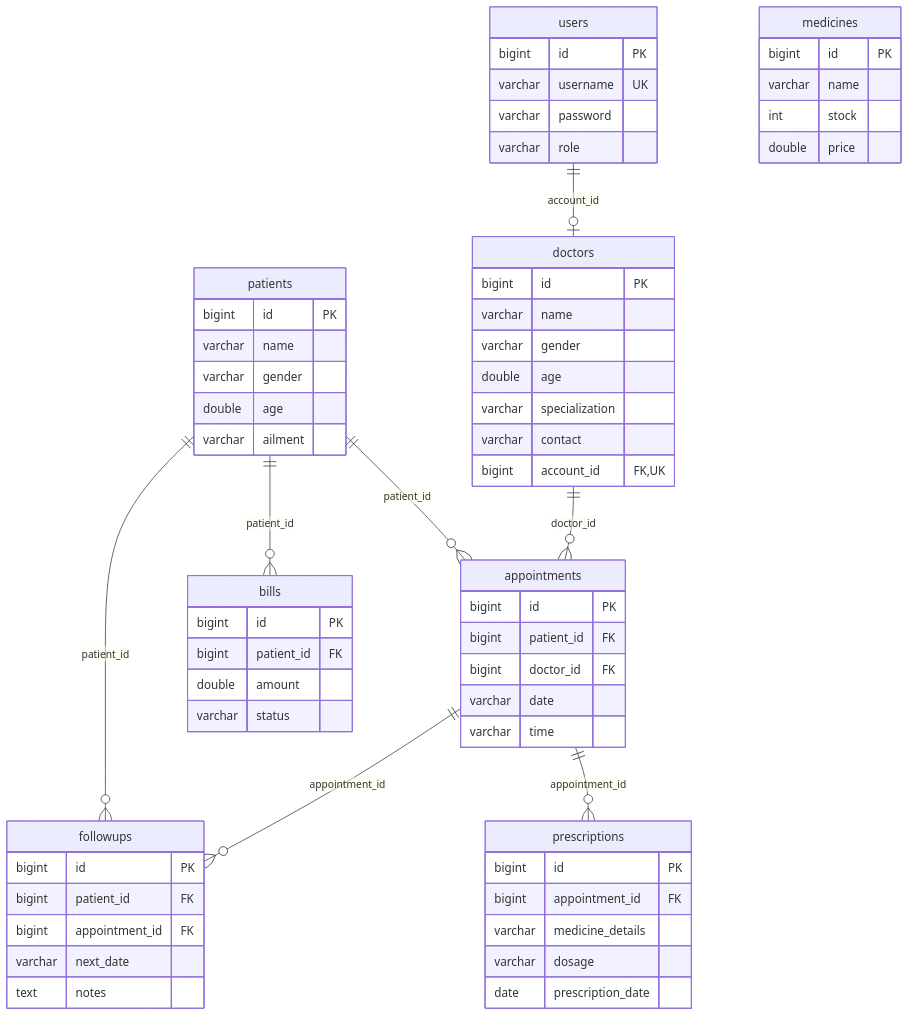
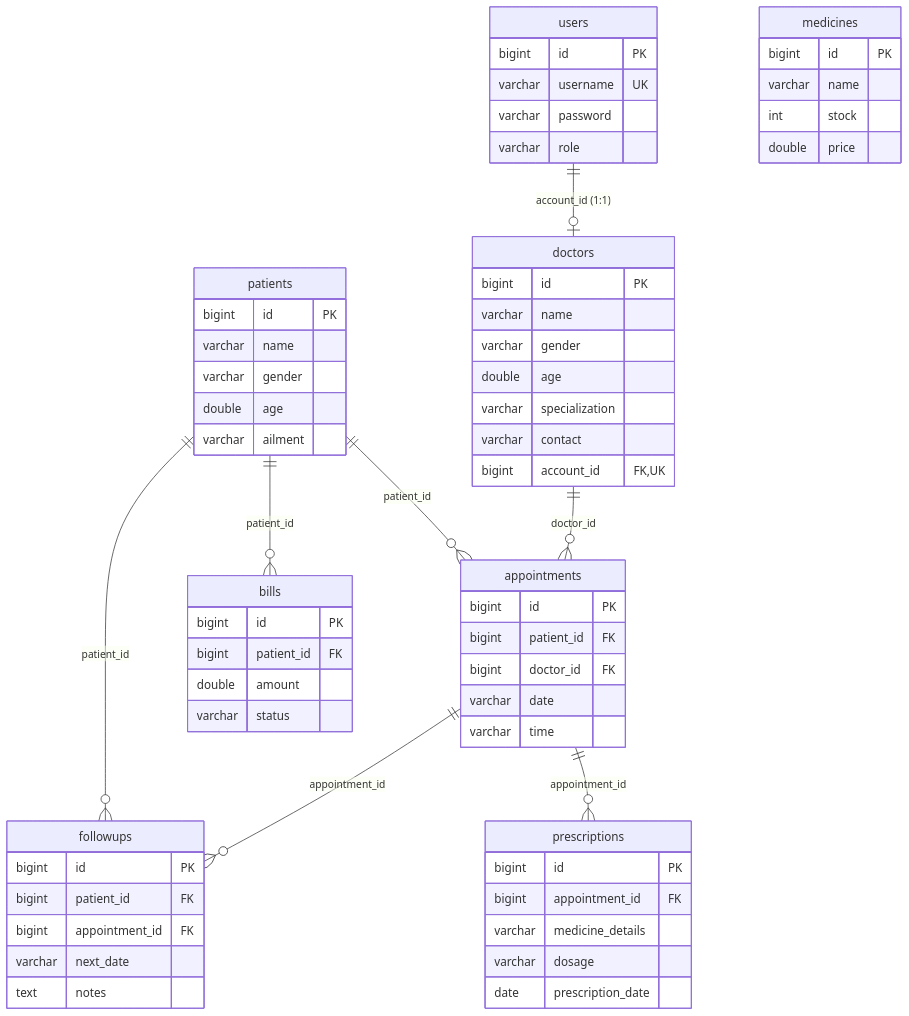
Before and after one commit to xKaaL-EL/Apollo-Clinic: the diagram in README.md, drawn with Mermaid. The commit also changed other lines of this file, not shown here.

````diff
--- a/README.md
+++ b/README.md
@@ -55,66 +92,73 @@
 ```mermaid
 erDiagram
-    users ||--o| doctors : "account_id"
+    users ||--o| doctors : "account_id (1:1)"
     patients ||--o{ appointments : "patient_id"
     doctors ||--o{ appointments : "doctor_id"
     patients ||--o{ bills : "patient_id"
     patients ||--o{ followups : "patient_id"
     appointments ||--o{ followups : "appointment_id"
     appointments ||--o{ prescriptions : "appointment_id"
 
     users {
         bigint id PK
         varchar username UK
         varchar password
         varchar role
     }
+
     doctors {
         bigint id PK
         varchar name
         varchar gender
         double age
         varchar specialization
         varchar contact
         bigint account_id FK,UK
     }
+
     patients {
         bigint id PK
         varchar name
         varchar gender
         double age
         varchar ailment
     }
+
     appointments {
         bigint id PK
         bigint patient_id FK
         bigint doctor_id FK
         varchar date
         varchar time
     }
+
     bills {
         bigint id PK
         bigint patient_id FK
         double amount
         varchar status
     }
+
     followups {
         bigint id PK
         bigint patient_id FK
         bigint appointment_id FK
         varchar next_date
         text notes
     }
+
     medicines {
         bigint id PK
         varchar name
         int stock
         double price
     }
+
     prescriptions {
         bigint id PK
         bigint appointment_id FK
         varchar medicine_details
         varchar dosage
         date prescription_date
     }
 ```
````
